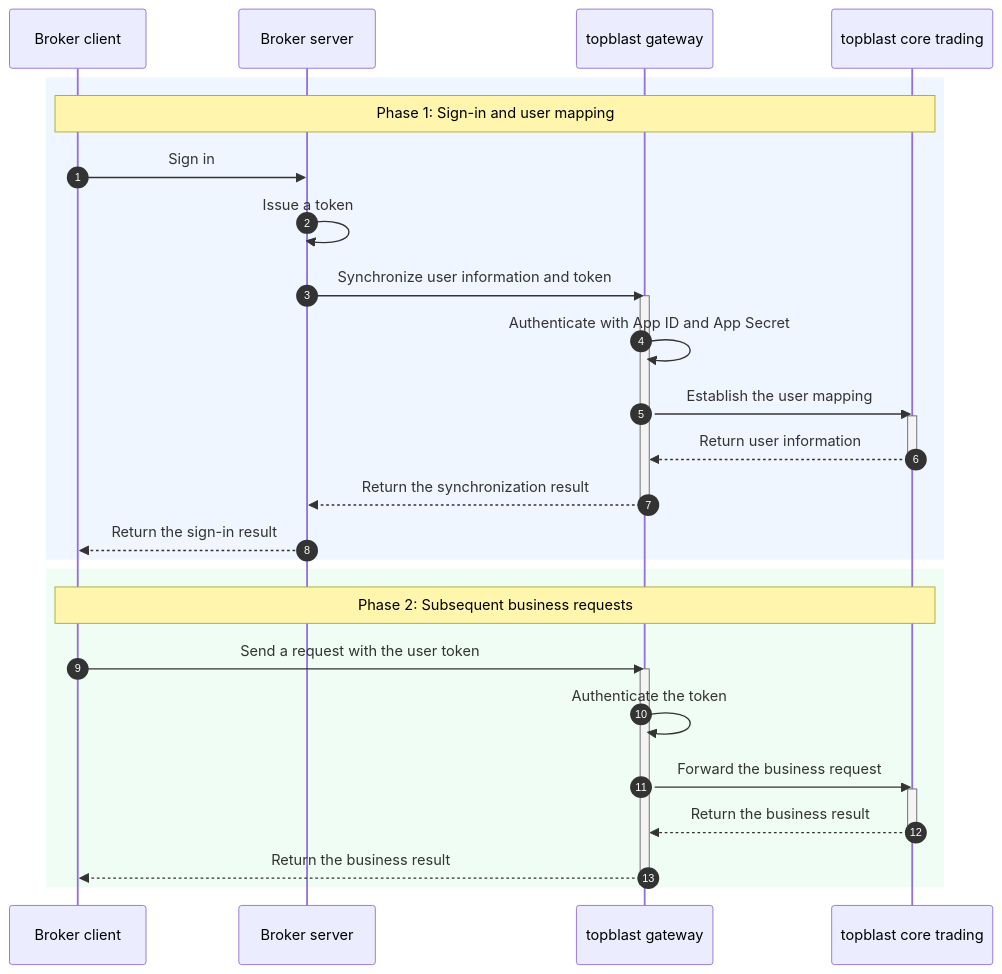
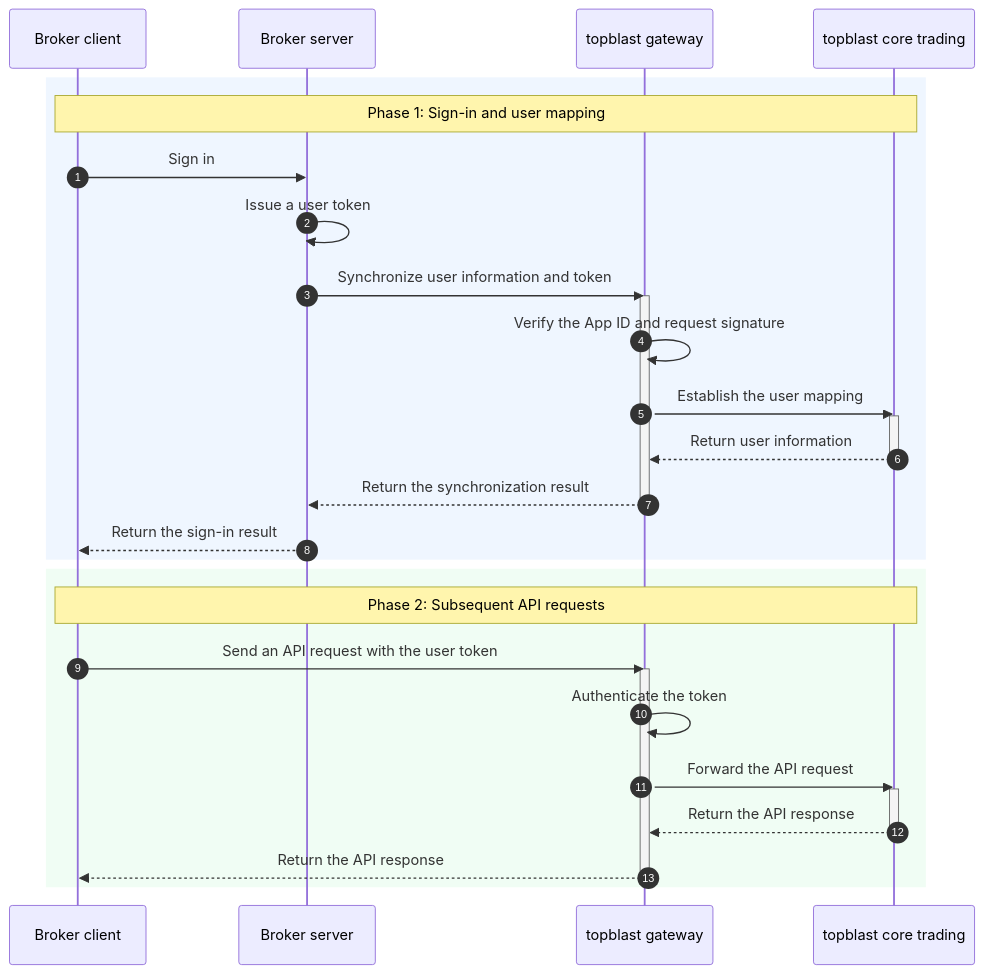
The diagram in en/broker/guide/introduction.mdx (topblast-trade/docs), drawn with Mermaid before and after one commit. The commit also changed other lines of this file and 83 other files, not shown here.

````diff
--- a/en/broker/guide/introduction.mdx
+++ b/en/broker/guide/introduction.mdx
@@ -48,40 +48,40 @@
 ```mermaid
 sequenceDiagram
     autonumber
 
     participant BrokerClient as Broker client
     participant BrokerServer as Broker server
     participant Gateway as topblast gateway
     participant Core as topblast core trading
 
     rect rgb(239, 246, 255)
         Note over BrokerClient,Core: Phase 1: Sign-in and user mapping
 
         BrokerClient->>BrokerServer: Sign in
-        BrokerServer->>BrokerServer: Issue a token
+        BrokerServer->>BrokerServer: Issue a user token
         BrokerServer->>Gateway: Synchronize user information and token
         activate Gateway
-        Gateway->>Gateway: Authenticate with App ID and App Secret
+        Gateway->>Gateway: Verify the App ID and request signature
         Gateway->>Core: Establish the user mapping
         activate Core
         Core-->>Gateway: Return user information
         deactivate Core
         Gateway-->>BrokerServer: Return the synchronization result
         deactivate Gateway
         BrokerServer-->>BrokerClient: Return the sign-in result
     end
 
     rect rgb(240, 253, 244)
-        Note over BrokerClient,Core: Phase 2: Subsequent business requests
+        Note over BrokerClient,Core: Phase 2: Subsequent API requests
 
-        BrokerClient->>Gateway: Send a request with the user token
+        BrokerClient->>Gateway: Send an API request with the user token
         activate Gateway
         Gateway->>Gateway: Authenticate the token
-        Gateway->>Core: Forward the business request
+        Gateway->>Core: Forward the API request
         activate Core
-        Core-->>Gateway: Return the business result
+        Core-->>Gateway: Return the API response
         deactivate Core
-        Gateway-->>BrokerClient: Return the business result
+        Gateway-->>BrokerClient: Return the API response
         deactivate Gateway
     end
 ```
````
